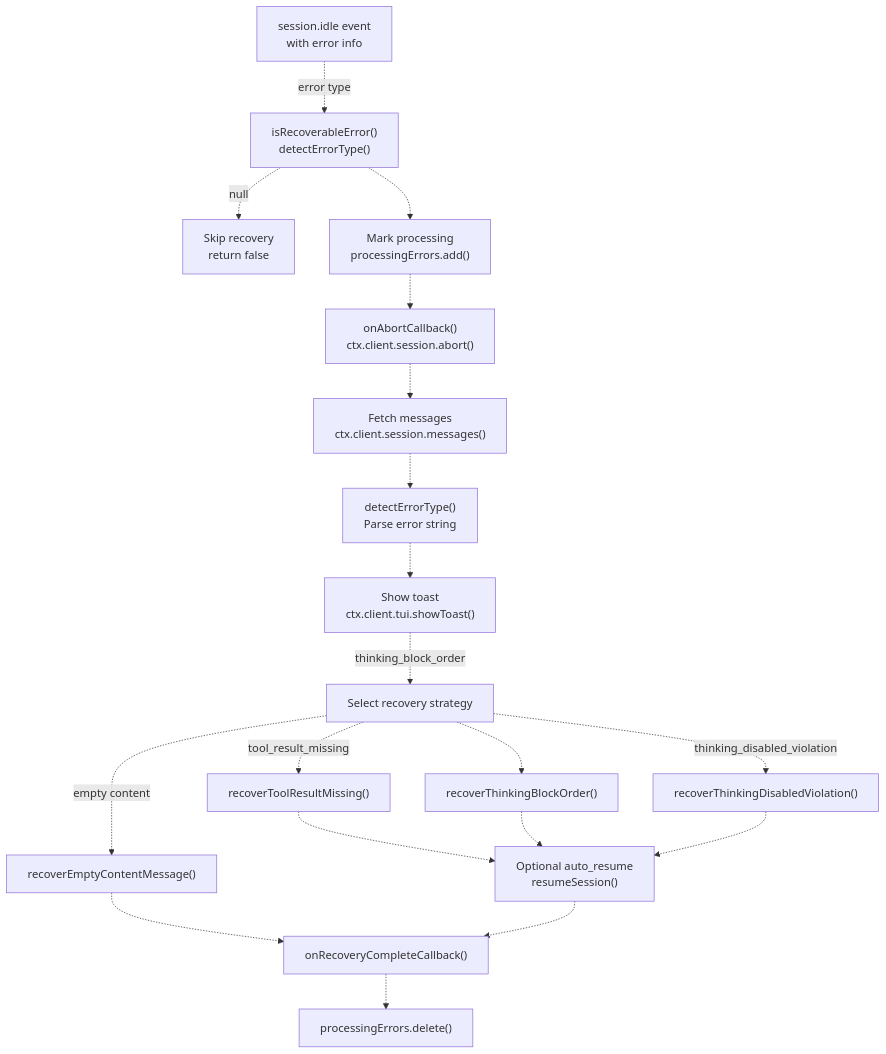
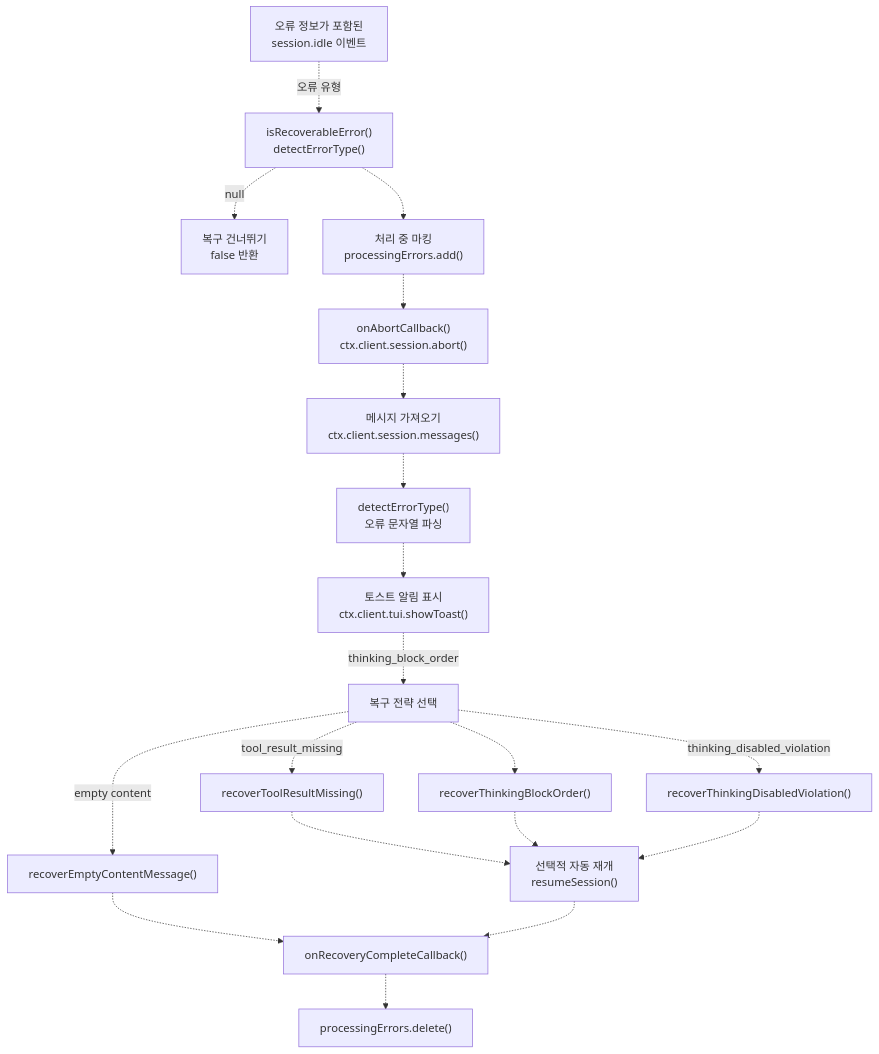
The first of 8 diagrams in docs/reliability/session-recovery.md (felipetruman/oh-my-opencode-docs), drawn with Mermaid before and after one commit. The commit also changed other lines of this file and 76 other files, not shown here.

````diff
--- a/docs/reliability/session-recovery.md
+++ b/docs/reliability/session-recovery.md
@@ -32,39 +32,39 @@
 ```mermaid
 flowchart TD
 
-Event["session.idle event<br>with error info"]
+Event["오류 정보가 포함된<br>session.idle 이벤트"]
 Check["isRecoverableError()<br>detectErrorType()"]
-Skip["Skip recovery<br>return false"]
-Mark["Mark processing<br>processingErrors.add()"]
+Skip["복구 건너뛰기<br>false 반환"]
+Mark["처리 중 마킹<br>processingErrors.add()"]
 Abort["onAbortCallback()<br>ctx.client.session.abort()"]
-Fetch["Fetch messages<br>ctx.client.session.messages()"]
-Detect["detectErrorType()<br>Parse error string"]
-Toast["Show toast<br>ctx.client.tui.showToast()"]
-Strategy["Select recovery strategy"]
+Fetch["메시지 가져오기<br>ctx.client.session.messages()"]
+Detect["detectErrorType()<br>오류 문자열 파싱"]
+Toast["토스트 알림 표시<br>ctx.client.tui.showToast()"]
+Strategy["복구 전략 선택"]
 ToolFix["recoverToolResultMissing()"]
 ThinkFix["recoverThinkingBlockOrder()"]
 StripFix["recoverThinkingDisabledViolation()"]
 EmptyFix["recoverEmptyContentMessage()"]
-Resume["Optional auto_resume<br>resumeSession()"]
+Resume["선택적 자동 재개<br>resumeSession()"]
 Complete["onRecoveryCompleteCallback()"]
 Cleanup["processingErrors.delete()"]
 
-Event -.->|"error type"| Check
+Event -.->|"오류 유형"| Check
 Check -.->|"null"| Skip
 Check -.-> Mark
 Mark -.-> Abort
 Abort -.-> Fetch
 Fetch -.-> Detect
 Detect -.-> Toast
 Toast -.->|"thinking_block_order"| Strategy
 Strategy -.->|"tool_result_missing"| ToolFix
 Strategy -.-> ThinkFix
 Strategy -.->|"thinking_disabled_violation"| StripFix
 Strategy -.->|"empty content"| EmptyFix
 ToolFix -.-> Resume
 ThinkFix -.-> Resume
 StripFix -.-> Resume
 EmptyFix -.-> Complete
 Resume -.-> Complete
 Complete -.-> Cleanup
 ```
````
